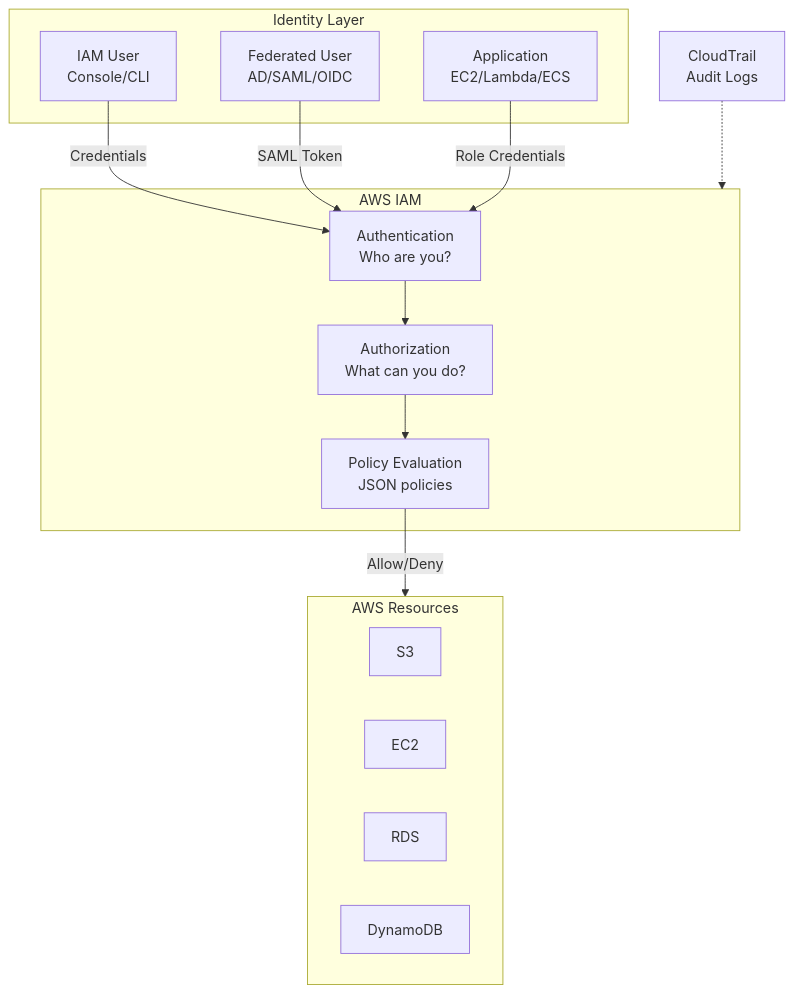
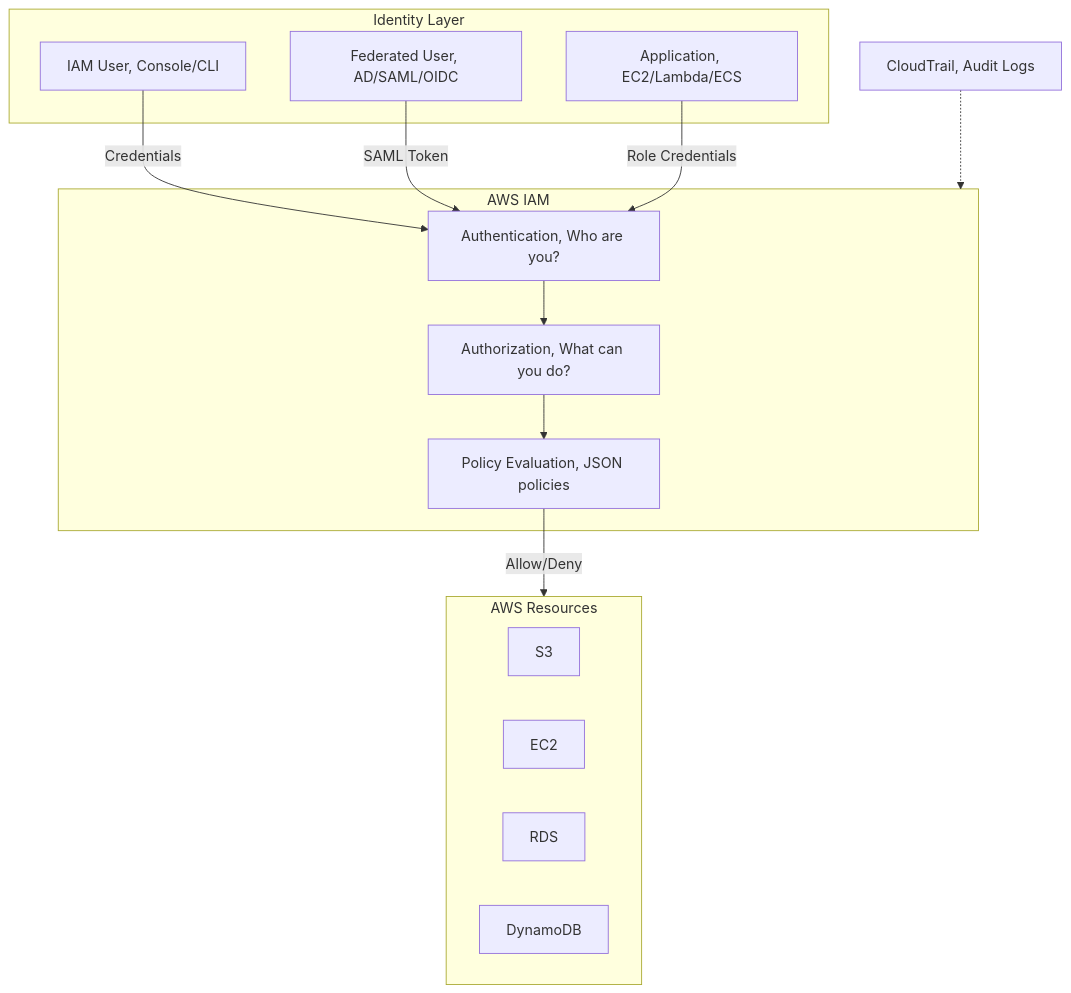
Before and after one commit to DeeptiShuklaProject/Uday_AWS: the first of 5 diagrams in Chapter_01_AWS_IAM.md, drawn with Mermaid. The commit also changed other lines of this file and 34 other files, not shown here.

Commit message:
Fix mermaid diagrams syntax across all chapters (quote labels and remove HTML)

````diff
--- a/Chapter_01_AWS_IAM.md
+++ b/Chapter_01_AWS_IAM.md
@@ -254,30 +254,30 @@
 ```mermaid
 flowchart TD
     subgraph Identity["Identity Layer"]
-        User[IAM User<br>Console/CLI]
-        Fed[Federated User<br>AD/SAML/OIDC]
-        App[Application<br>EC2/Lambda/ECS]
+        User["IAM User, Console/CLI"]
+        Fed["Federated User, AD/SAML/OIDC"]
+        App["Application, EC2/Lambda/ECS"]
     end
     
     subgraph IAM_Service["AWS IAM"]
-        Auth[Authentication<br>Who are you?]
-        Authz[Authorization<br>What can you do?]
-        Policy[Policy Evaluation<br>JSON policies]
+        Auth["Authentication, Who are you?"]
+        Authz["Authorization, What can you do?"]
+        Policy["Policy Evaluation, JSON policies"]
     end
     
     subgraph Resources["AWS Resources"]
         S3[S3]
         EC2[EC2]
         RDS[RDS]
         DDB[DynamoDB]
     end
     
     User -->|Credentials| Auth
     Fed -->|SAML Token| Auth
     App -->|Role Credentials| Auth
     Auth --> Authz
     Authz --> Policy
     Policy -->|Allow/Deny| Resources
     
-    CT[CloudTrail<br>Audit Logs] -.-> IAM_Service
+    CT["CloudTrail, Audit Logs"] -.-> IAM_Service
 ```
````
